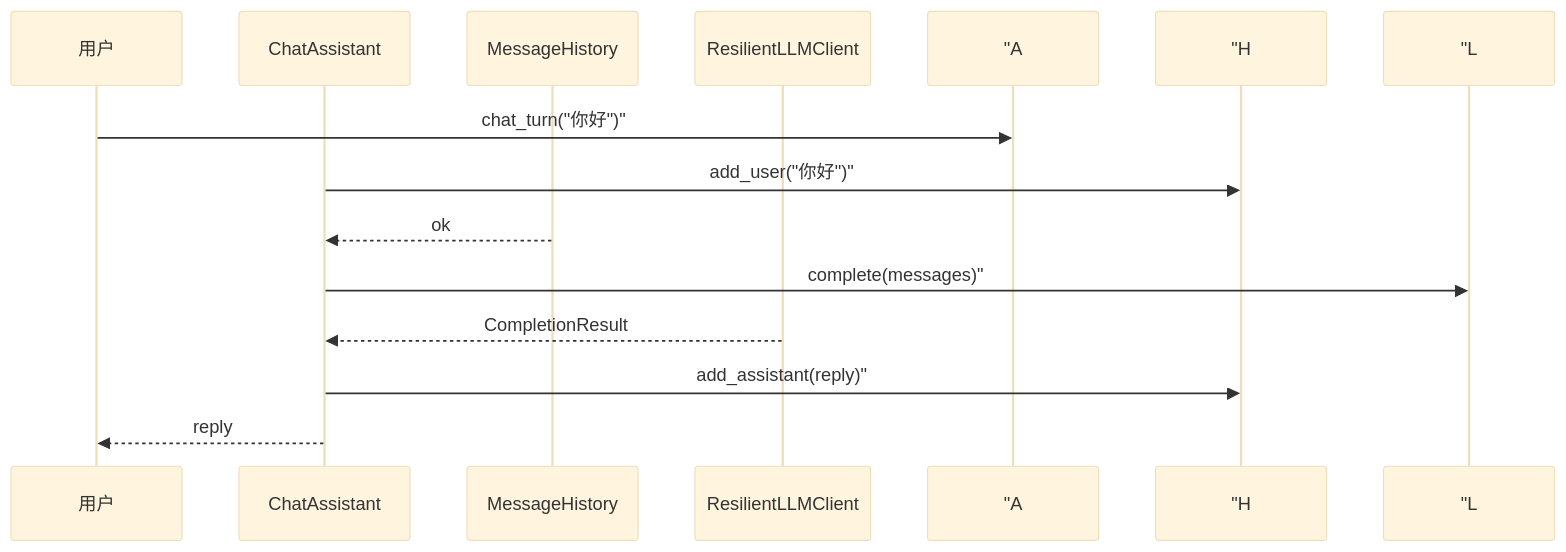
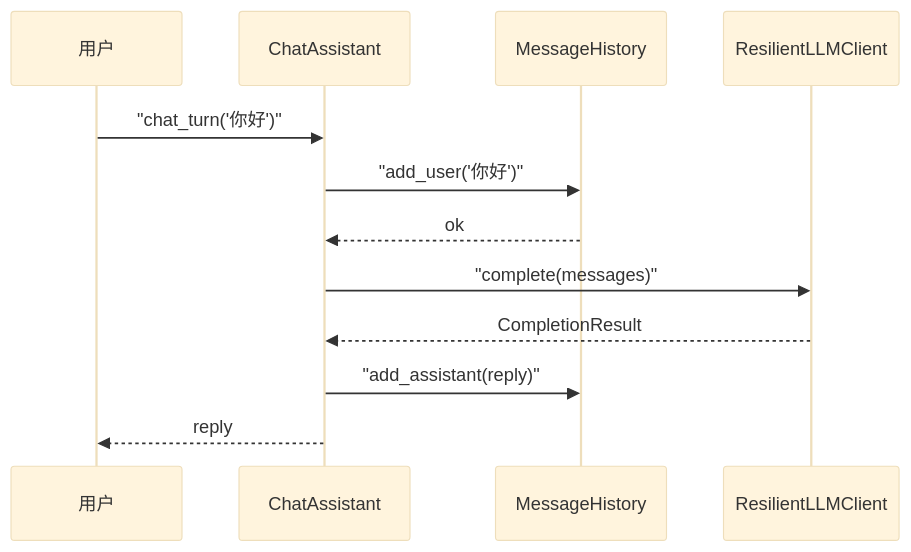
Before and after one commit to ab6539763/70_days_course_plus: the second of 2 diagrams in course/day14/03_架构设计.md, drawn with Mermaid (base theme). The commit also changed 80 other files, not shown here.

First line of the commit message:
fix(course): 修复 Mermaid 图表渲染报错 + 同步嵌入代码快照

````diff
--- a/course/day14/03_架构设计.md
+++ b/course/day14/03_架构设计.md
@@ -69,14 +69,14 @@
 ```mermaid
 sequenceDiagram
     participant U as 用户
     participant A as ChatAssistant
     participant H as MessageHistory
     participant L as ResilientLLMClient
-  U->> "A: chat_turn("你好")"
-    A->> "H: add_user("你好")"
+  U->>A: "chat_turn('你好')"
+    A->>H: "add_user('你好')"
     H-->>A: ok
-    A->> "L: complete(messages)"
+    A->>L: "complete(messages)"
     L-->>A: CompletionResult
-    A->> "H: add_assistant(reply)"
+    A->>H: "add_assistant(reply)"
     A-->>U: reply
 ```
````
